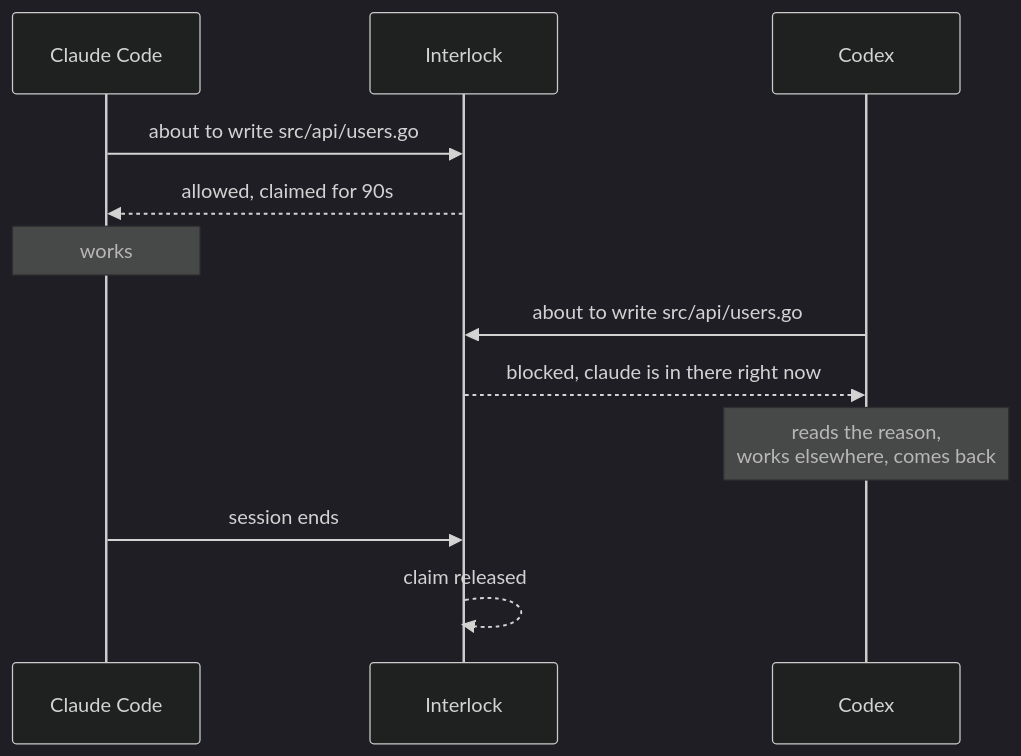
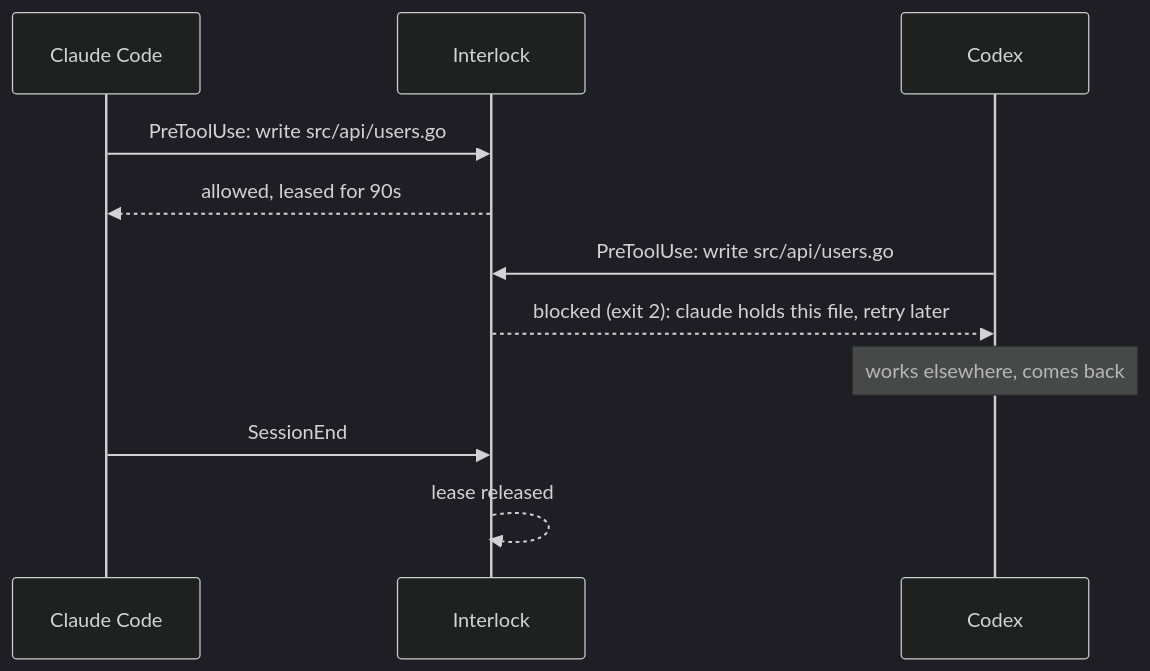
Before and after one commit to gshepptech/interlock: the diagram in README.md, drawn with Mermaid (dark theme). The commit also changed other lines of this file, not shown here.

Commit message:
docs: rewrite README around what Interlock does and how it works

````diff
--- a/README.md
+++ b/README.md
@@ -112,17 +77,14 @@
 ```mermaid
 sequenceDiagram
     participant C as Claude Code
     participant I as Interlock
     participant X as Codex
 
-    C->>I: about to write src/api/users.go
-    I-->>C: allowed, claimed for 90s
-    Note over C: works
-
-    X->>I: about to write src/api/users.go
-    I-->>X: blocked, claude is in there right now
-    Note over X: reads the reason,<br/>works elsewhere, comes back
-
-    C->>I: session ends
-    I-->>I: claim released
+    C->>I: PreToolUse: write src/api/users.go
+    I-->>C: allowed, leased for 90s
+    X->>I: PreToolUse: write src/api/users.go
+    I-->>X: blocked (exit 2): claude holds this file, retry later
+    Note over X: works elsewhere, comes back
+    C->>I: SessionEnd
+    I-->>I: lease released
 ```
````
